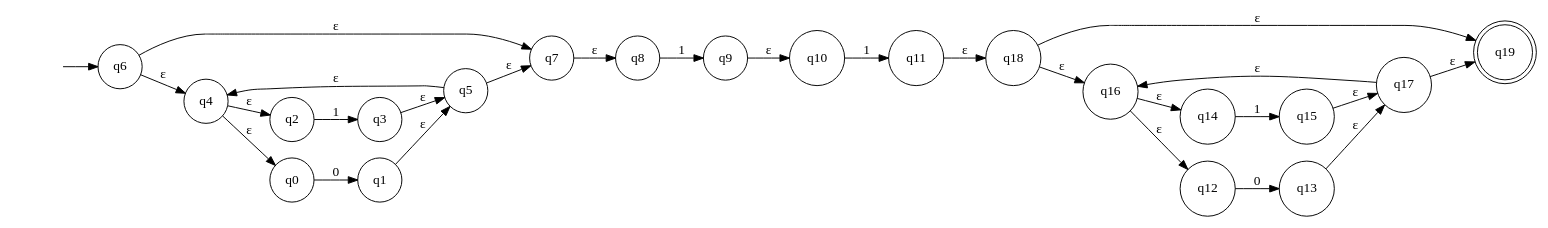
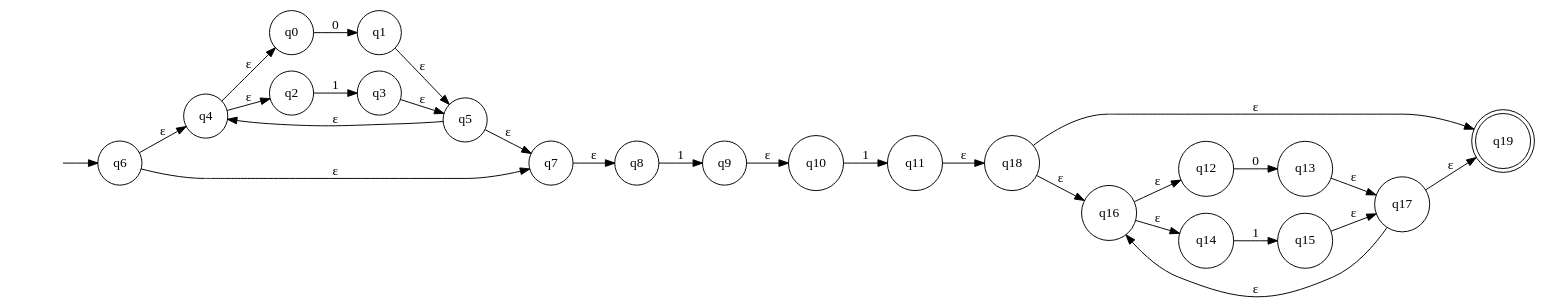
Before and after one commit to Ren23813/proyecto1_teoriaComputacion: the diagram in AFN.gv, drawn with Graphviz. The commit also changed other lines of this file and 10 other files, not shown here.

```diff
--- a/AFN.gv
+++ b/AFN.gv
@@ -1,50 +1,50 @@
 digraph AFN {
 	graph [rankdir=LR]
 	"" [label="" shape=plaintext]
 	q19 [label=q19 shape=doublecircle]
+	q1 [label=q1 shape=circle]
+	q16 [label=q16 shape=circle]
+	q10 [label=q10 shape=circle]
+	q0 [label=q0 shape=circle]
 	q3 [label=q3 shape=circle]
-	q6 [label=q6 shape=circle]
-	q14 [label=q14 shape=circle]
-	q7 [label=q7 shape=circle]
-	q5 [label=q5 shape=circle]
+	q15 [label=q15 shape=circle]
+	q9 [label=q9 shape=circle]
+	q11 [label=q11 shape=circle]
 	q4 [label=q4 shape=circle]
 	q17 [label=q17 shape=circle]
-	q10 [label=q10 shape=circle]
+	q12 [label=q12 shape=circle]
+	q18 [label=q18 shape=circle]
+	q14 [label=q14 shape=circle]
+	q8 [label=q8 shape=circle]
+	q7 [label=q7 shape=circle]
+	q13 [label=q13 shape=circle]
 	q2 [label=q2 shape=circle]
-	q1 [label=q1 shape=circle]
-	q0 [label=q0 shape=circle]
-	q15 [label=q15 shape=circle]
-	q11 [label=q11 shape=circle]
-	q9 [label=q9 shape=circle]
-	q8 [label=q8 shape=circle]
-	q13 [label=q13 shape=circle]
-	q18 [label=q18 shape=circle]
-	q16 [label=q16 shape=circle]
-	q12 [label=q12 shape=circle]
+	q6 [label=q6 shape=circle]
+	q5 [label=q5 shape=circle]
 	"" -> q6 [label=""]
+	q1 -> q5 [label="ε"]
+	q16 -> q14 [label="ε"]
+	q16 -> q12 [label="ε"]
+	q10 -> q11 [label=1]
+	q0 -> q1 [label=0]
 	q3 -> q5 [label="ε"]
-	q6 -> q7 [label="ε"]
-	q6 -> q4 [label="ε"]
-	q14 -> q15 [label=1]
-	q7 -> q8 [label="ε"]
-	q5 -> q7 [label="ε"]
-	q5 -> q4 [label="ε"]
+	q15 -> q17 [label="ε"]
+	q9 -> q10 [label="ε"]
+	q11 -> q18 [label="ε"]
+	q4 -> q0 [label="ε"]
 	q4 -> q2 [label="ε"]
-	q4 -> q0 [label="ε"]
 	q17 -> q16 [label="ε"]
 	q17 -> q19 [label="ε"]
-	q10 -> q11 [label=1]
-	q2 -> q3 [label=1]
-	q1 -> q5 [label="ε"]
-	q0 -> q1 [label=0]
-	q15 -> q17 [label="ε"]
-	q11 -> q18 [label="ε"]
-	q9 -> q10 [label="ε"]
-	q8 -> q9 [label=1]
-	q13 -> q17 [label="ε"]
+	q12 -> q13 [label=0]
 	q18 -> q16 [label="ε"]
 	q18 -> q19 [label="ε"]
-	q16 -> q14 [label="ε"]
-	q16 -> q12 [label="ε"]
-	q12 -> q13 [label=0]
+	q14 -> q15 [label=1]
+	q8 -> q9 [label=1]
+	q7 -> q8 [label="ε"]
+	q13 -> q17 [label="ε"]
+	q2 -> q3 [label=1]
+	q6 -> q4 [label="ε"]
+	q6 -> q7 [label="ε"]
+	q5 -> q4 [label="ε"]
+	q5 -> q7 [label="ε"]
 }
```
